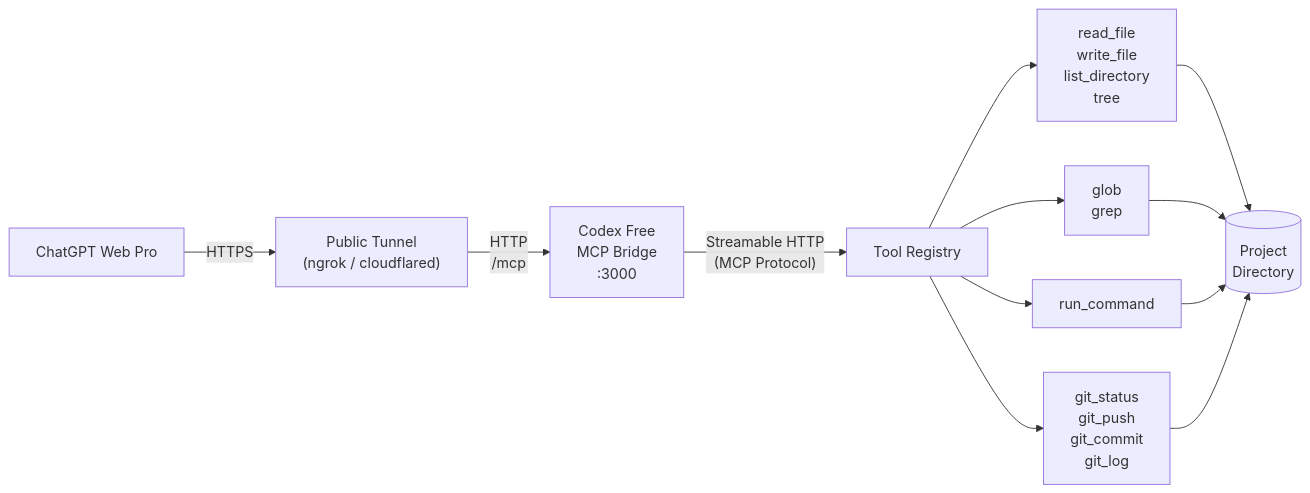
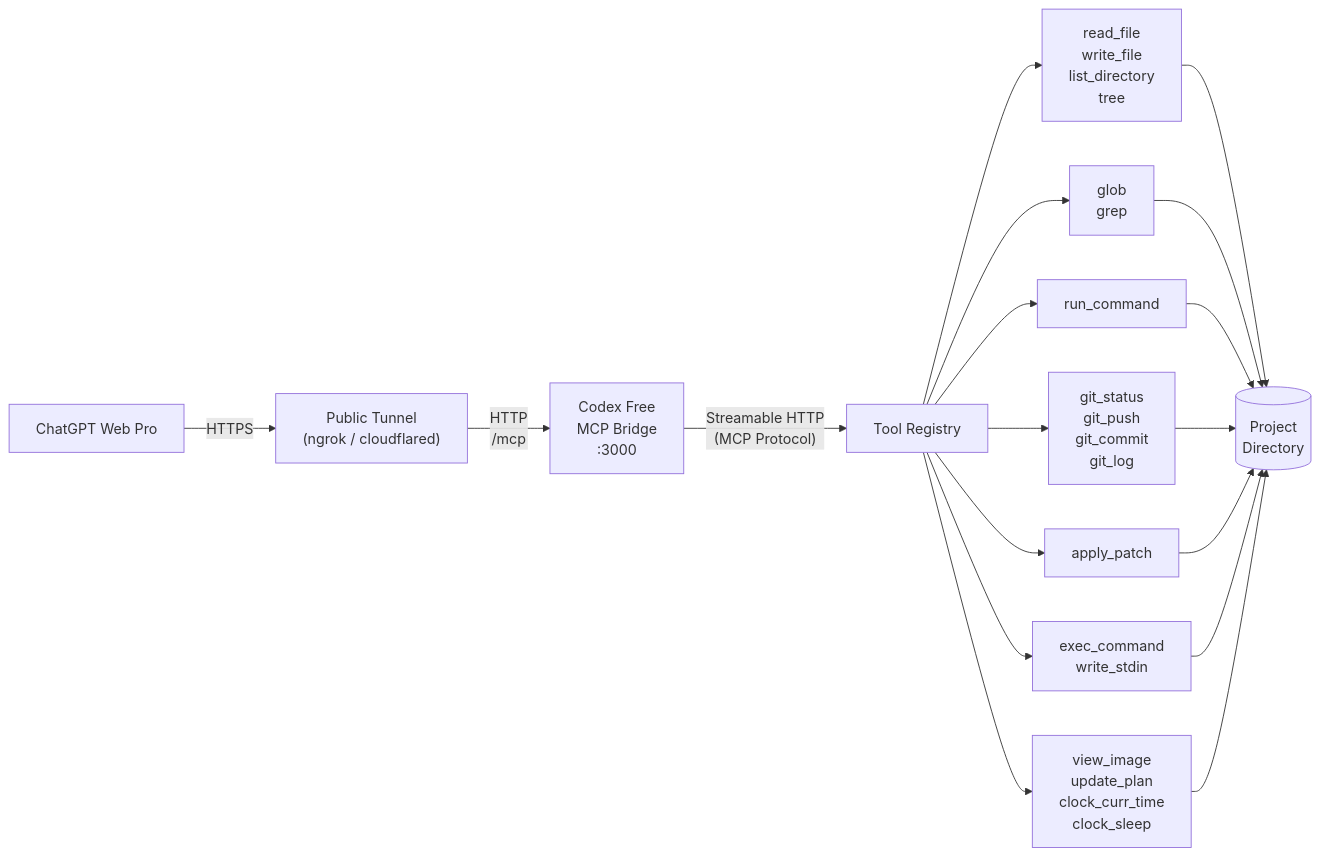
The diagram in README.md (devnoname120/codex-free), drawn with Mermaid before and after one commit. The commit also changed other lines of this file and 26 other files, not shown here.

First line of the commit message:
feat: v0.4.0 - port Codex agent tools to the bridge

````diff
--- a/README.md
+++ b/README.md
@@ -11,27 +13,36 @@
 ```mermaid
 flowchart LR
     ChatGPT["ChatGPT Web Pro"]
     Tunnel["Public Tunnel\n(ngrok / cloudflared)"]
     Server["Codex Free\nMCP Bridge\n:3000"]
     Tools["Tool Registry"]
 
     FS["read_file\nwrite_file\nlist_directory\ntree"]
     Search["glob\ngrep"]
     Shell["run_command"]
     Git["git_status\ngit_push\ngit_commit\ngit_log"]
+    Edit["apply_patch"]
+    Exec["exec_command\nwrite_stdin"]
+    Agent["view_image\nupdate_plan\nclock_curr_time\nclock_sleep"]
     WorkDir[("Project\nDirectory")]
 
     ChatGPT -- "HTTPS" --> Tunnel
     Tunnel -- "HTTP\n/mcp" --> Server
     Server -- "Streamable HTTP\n(MCP Protocol)" --> Tools
 
     Tools --> FS
     Tools --> Search
     Tools --> Shell
     Tools --> Git
+    Tools --> Edit
+    Tools --> Exec
+    Tools --> Agent
 
     FS --> WorkDir
     Search --> WorkDir
     Shell --> WorkDir
     Git --> WorkDir
+    Edit --> WorkDir
+    Exec --> WorkDir
+    Agent --> WorkDir
 ```
````
